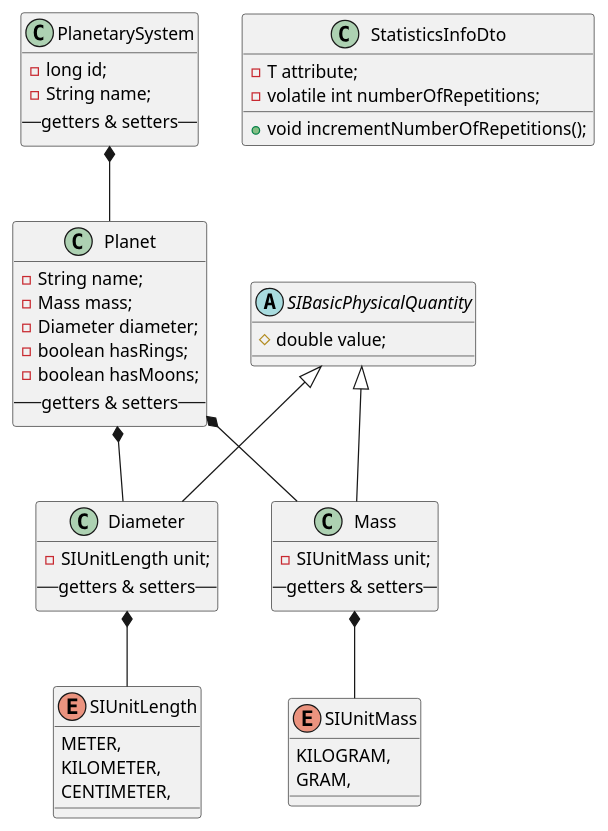
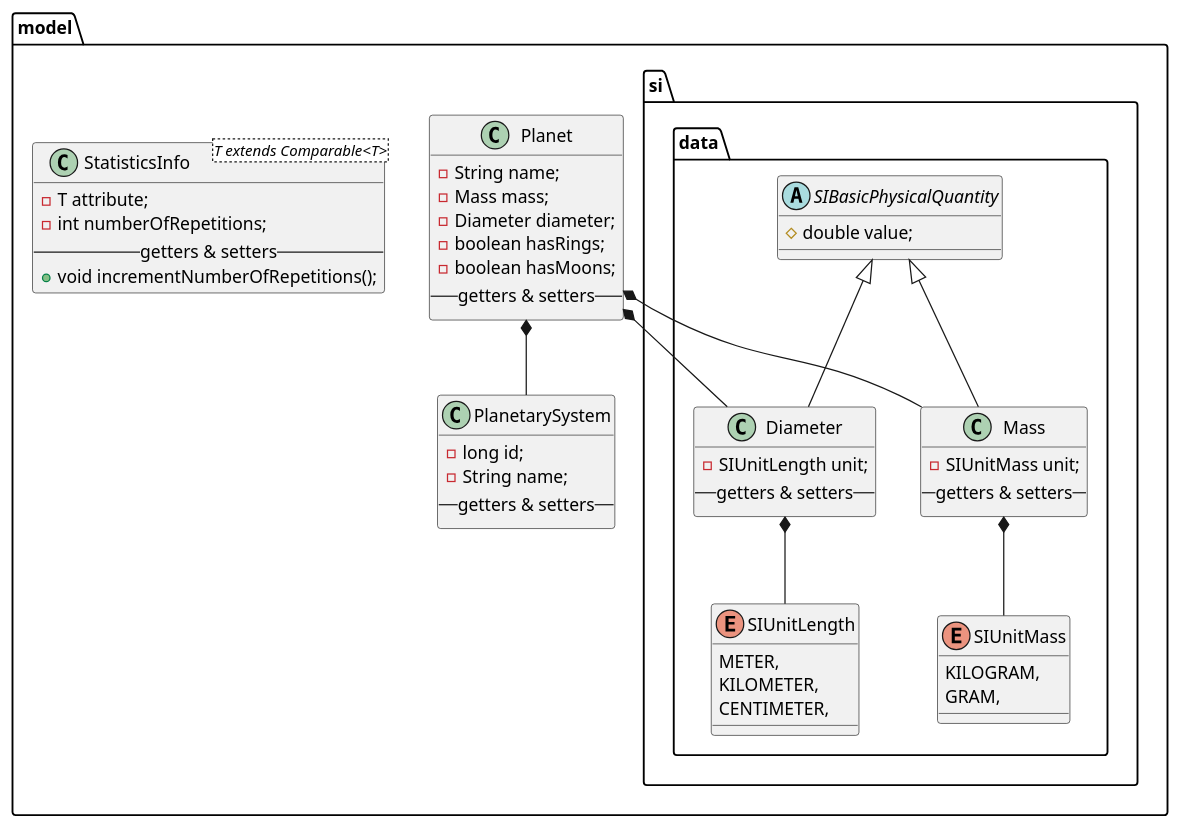
The diagram in java-core-parser-hw-1/src/main/resources/diagrams/Domain.puml (dima666Sik/ProfITsoft-Internship), drawn with PlantUML before and after one commit. The commit also changed 17 other files, not shown here.

```diff
--- a/java-core-parser-hw-1/src/main/resources/diagrams/Domain.puml
+++ b/java-core-parser-hw-1/src/main/resources/diagrams/Domain.puml
@@ -1,61 +1,67 @@
 @startuml
 'https://plantuml.com/class-diagram
 
-class Planet{
-    - String name;
-    - Mass mass;
-    - Diameter diameter;
-    - boolean hasRings;
-    - boolean hasMoons;
-    --getters & setters--
-}
+package model{
 
-class PlanetarySystem{
-    - long id;
-    - String name;
-    --getters & setters--
-}
+    class Planet{
+        - String name;
+        - Mass mass;
+        - Diameter diameter;
+        - boolean hasRings;
+        - boolean hasMoons;
+        --getters & setters--
+    }
 
-class Diameter{
-    - SIUnitLength unit;
-    --getters & setters--
-}
+    class PlanetarySystem{
+        - long id;
+        - String name;
+        --getters & setters--
+    }
 
-class Mass{
-    - SIUnitMass unit;
-    --getters & setters--
-}
+    class StatisticsInfo<T extends Comparable<T>>{
+        - T attribute;
+        - int numberOfRepetitions;
+        --getters & setters--
+        + void incrementNumberOfRepetitions();
+    }
 
-enum SIUnitLength {
-    METER,
-    KILOMETER,
-    CENTIMETER,
-}
+    package si.data{
+        abstract class SIBasicPhysicalQuantity{
+         # double value;
+        }
+        class Diameter{
+            - SIUnitLength unit;
+            --getters & setters--
+        }
 
-enum SIUnitMass {
-    KILOGRAM,
-    GRAM,
-}
+        class Mass{
+            - SIUnitMass unit;
+            --getters & setters--
+        }
 
-abstract class SIBasicPhysicalQuantity{
- # double value;
-}
+        enum SIUnitLength {
+            METER,
+            KILOMETER,
+            CENTIMETER,
+        }
 
-class StatisticsInfoDto{
-    - T attribute;
-    - volatile int numberOfRepetitions;
-    + void incrementNumberOfRepetitions();
+        enum SIUnitMass {
+            KILOGRAM,
+            GRAM,
+        }
+
+    }
 }
 
 SIBasicPhysicalQuantity <|-- Diameter
 SIBasicPhysicalQuantity <|-- Mass
 
-PlanetarySystem *-- Planet
-
 Planet *-- Diameter
 Planet *-- Mass
+Planet *-- PlanetarySystem
+
 
 Diameter *-- SIUnitLength
 Mass *-- SIUnitMass
 
 @enduml
```
